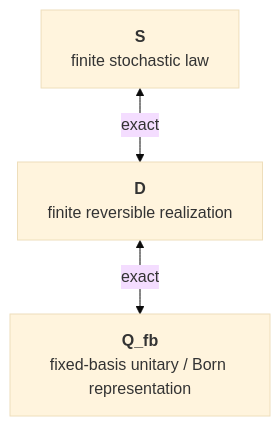
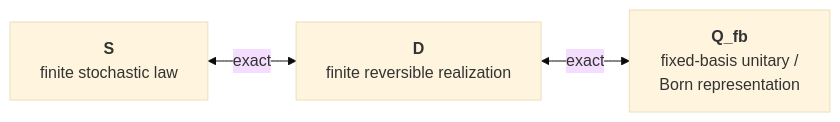
Before and after one commit to amaybaum/incompleteness: the diagram in README.md, drawn with Mermaid (base theme).

Commit message:
docs(README): lay out the correspondence diagram left to right
flowchart LR instead of TB, with the Q_fb label wrapped onto two lines
so the row stays compact. Content unchanged.

Claude-Session: https://claude.ai/code/session_011zDyUSyEszk3JJx83uXKKq

````diff
--- a/README.md
+++ b/README.md
@@ -28,8 +28,8 @@
 ```mermaid
-flowchart TB
+flowchart LR
     S["<b>S</b><br/>finite stochastic law"]
     D["<b>D</b><br/>finite reversible realization"]
-    Q["<b>Q_fb</b><br/>fixed-basis unitary / Born representation"]
+    Q["<b>Q_fb</b><br/>fixed-basis unitary /<br/>Born representation"]
     S <-->|exact| D
     D <-->|exact| Q
 ```
````
